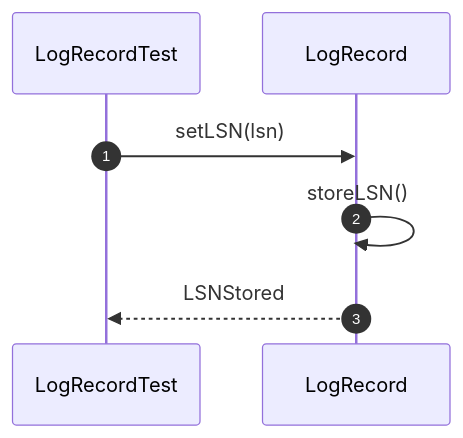
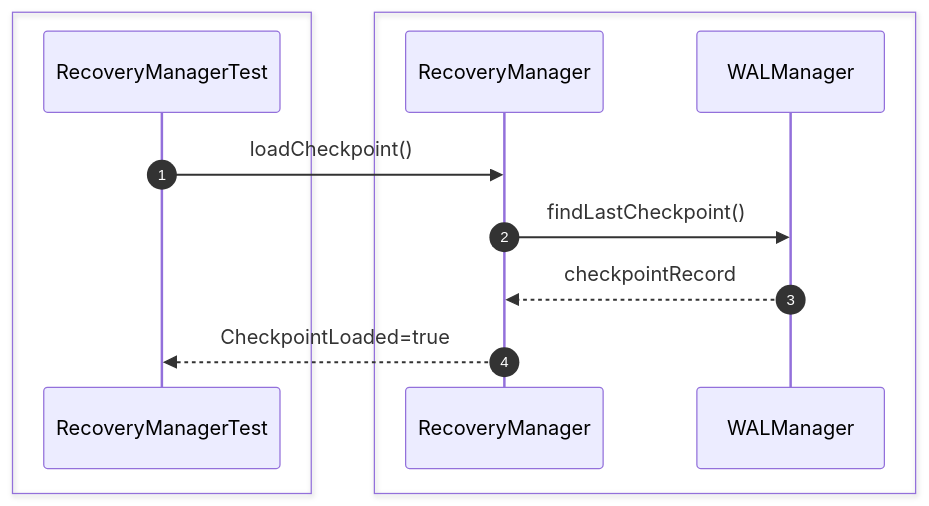
Before and after one commit to Huy1801214/dbms-architecture: diagram 14 of 28 in src/sequence/recovery.md, drawn with Mermaid. The commit also changed other lines of this file and 10 other files, not shown here.

Commit message:
add comprehensive sequence diagrams and documentation for system architecture and unit testing specifications

````diff
--- a/src/sequence/recovery.md
+++ b/src/sequence/recovery.md
@@ -182,12 +238,17 @@
-```mermaid 
+```mermaid
 sequenceDiagram
     autonumber
-    participant Test as LogRecordTest
-    participant Log as LogRecord
 
-    Test->>Log: setLSN(lsn)
+    box #e1f5fe Test Suite
+    participant Test as RecoveryManagerTest
+    end
+    box #ffebee Recovery Components
+    participant Recovery as RecoveryManager
+    participant WAL as WALManager
+    end
 
-    Log->>Log: storeLSN()
-
-    Log-->>Test: LSNStored
+    Test->>Recovery: loadCheckpoint()
+    Recovery->>WAL: findLastCheckpoint()
+    WAL-->>Recovery: checkpointRecord
+    Recovery-->>Test: CheckpointLoaded=true
 ```
````
